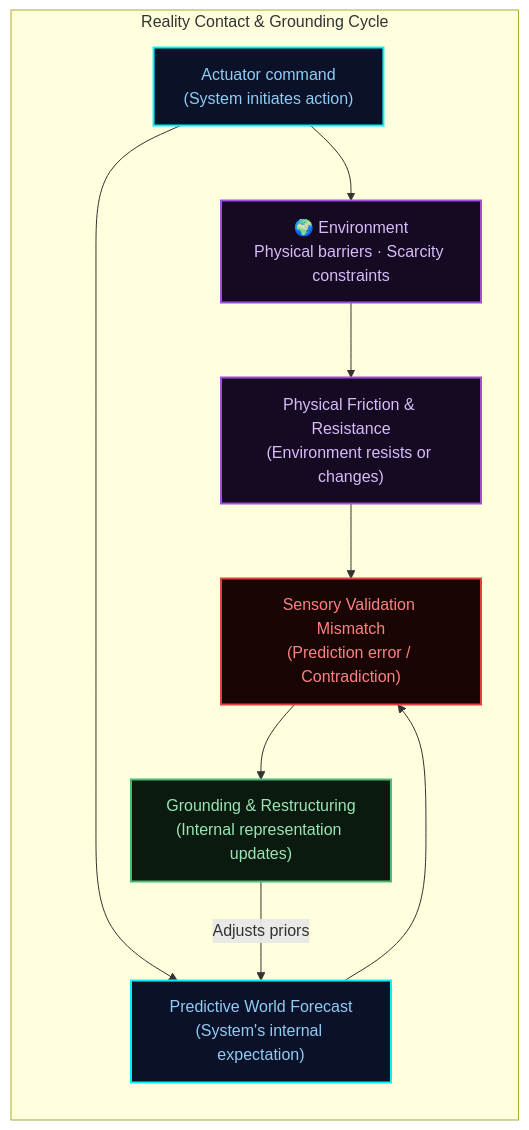
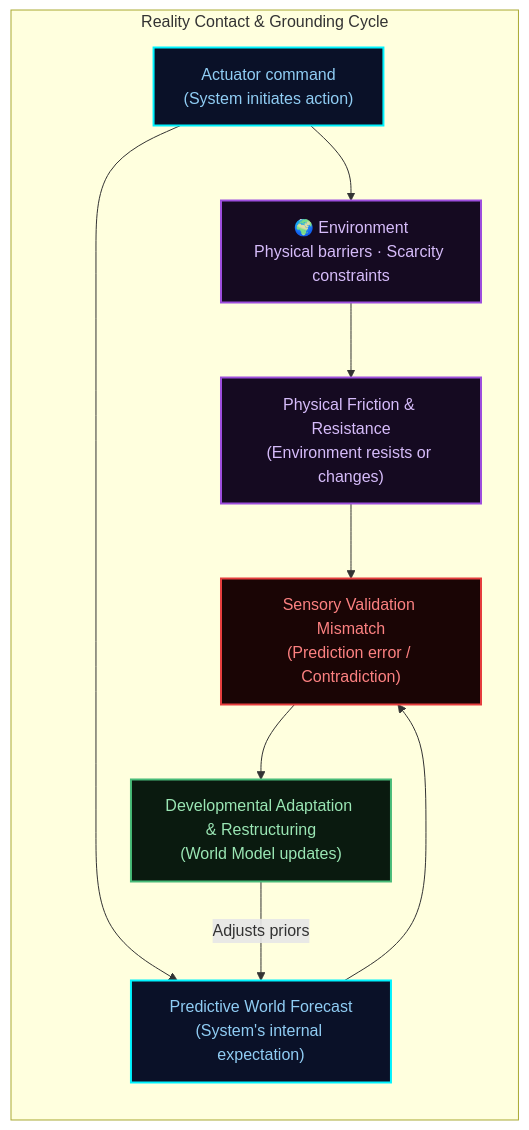
One commit to rk-roshan-kr/Earthos-public changed the sixth of 8 diagrams in docs/architecture.md. Above: the diagram before and after it, drawn with Mermaid. The commit also changed other lines of this file and 19 other files, not shown here.

Commit message:
docs: complete flagship public projection architecture knowledge consolidation and sanitization audit

````diff
--- a/docs/architecture.md
+++ b/docs/architecture.md
@@ -285,24 +340,24 @@
 ```mermaid
 graph TD
     classDef env fill:#150a21,stroke:#9d4edd,stroke-width:2px,color:#d6bcfa;
     classDef action fill:#0a1128,stroke:#00f2fe,stroke-width:2px,color:#90cdf4;
     classDef ground fill:#0a1a0f,stroke:#48bb78,stroke-width:2px,color:#9ae6b4;
     classDef mismatch fill:#1a0505,stroke:#e53e3e,stroke-width:2px,color:#fc8181;
 
     subgraph REALITY_CONTACT ["Reality Contact & Grounding Cycle"]
         direction TB
         E["🌍 Environment\nPhysical barriers · Scarcity constraints"]:::env
         A["Actuator command\n(System initiates action)"]:::action
         F["Physical Friction & Resistance\n(Environment resists or changes)"]:::env
         P["Predictive World Forecast\n(System's internal expectation)"]:::action
         M["Sensory Validation Mismatch\n(Prediction error / Contradiction)"]:::mismatch
-        G["Grounding & Restructuring\n(Internal representation updates)"]:::ground
+        G["Developmental Adaptation & Restructuring\n(World Model updates)"]:::ground
 
         A --> E
         E --> F
         A --> P
         P & F --> M
         M --> G
         G -->|Adjusts priors| P
     end
 ```
````
